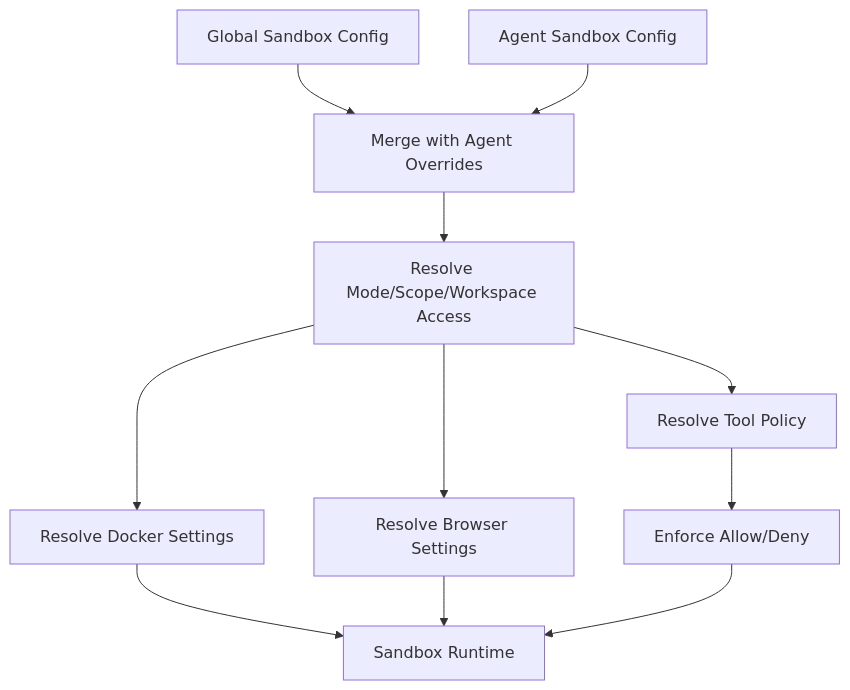
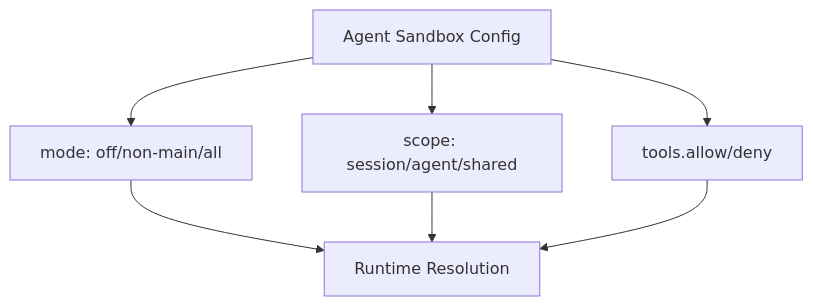
The tenth of 12 diagrams in repowiki/en/content/Agent System/Agent System.md (botx-work/OpenClaw-Internals), drawn with Mermaid before and after one commit. The commit also changed other lines of this file and 332 other files, not shown here.

````diff
--- a/repowiki/en/content/Agent System/Agent System.md
+++ b/repowiki/en/content/Agent System/Agent System.md
@@ -335,13 +328,9 @@
 ```mermaid
 flowchart TD
-Global["Global Sandbox Config"] --> Merge["Merge with Agent Overrides"]
-Agent["Agent Sandbox Config"] --> Merge
-Merge --> Resolve["Resolve Mode/Scope/Workspace Access"]
-Resolve --> Docker["Resolve Docker Settings"]
-Resolve --> Browser["Resolve Browser Settings"]
-Resolve --> Tools["Resolve Tool Policy"]
-Tools --> Enforce["Enforce Allow/Deny"]
-Docker --> Runtime["Sandbox Runtime"]
-Browser --> Runtime
-Enforce --> Runtime
+CFG["Agent Sandbox Config"] --> MODE["mode: off/non-main/all"]
+CFG --> SCOPE["scope: session/agent/shared"]
+CFG --> TOOLS["tools.allow/deny"]
+MODE --> RUN["Runtime Resolution"]
+SCOPE --> RUN
+TOOLS --> RUN
 ```
````
